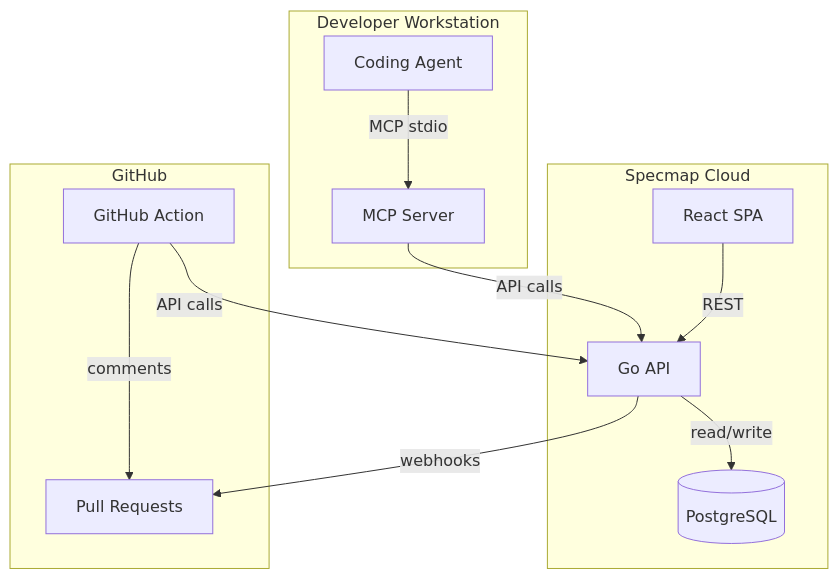
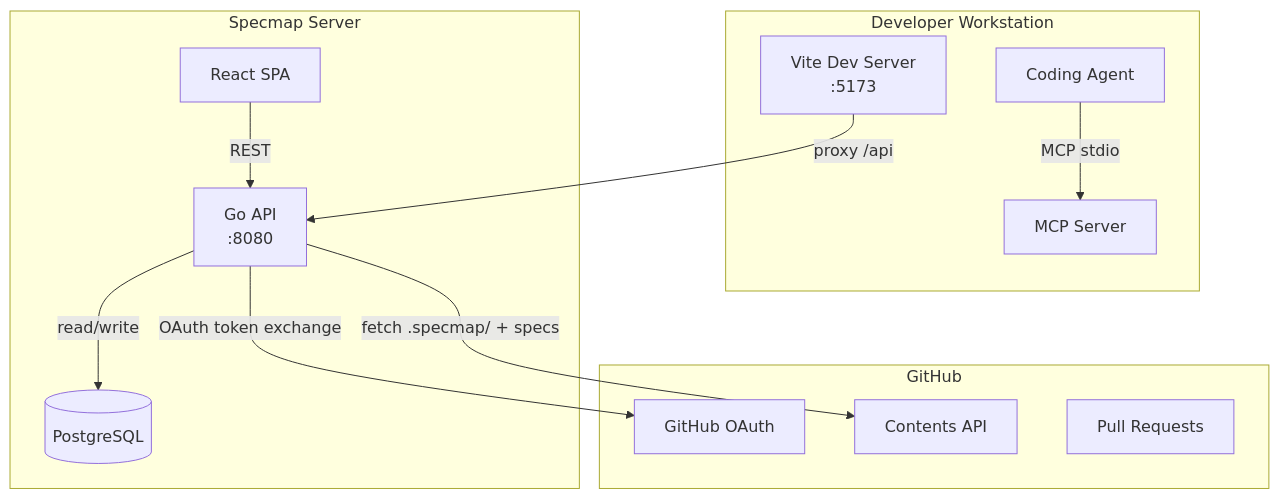
Before and after one commit to jdraines/specmap: the second of 2 diagrams in docs/concepts/architecture.md, drawn with Mermaid. The commit also changed other lines of this file and 71 other files, not shown here.

````diff
--- a/docs/concepts/architecture.md
+++ b/docs/concepts/architecture.md
@@ -68,26 +68,27 @@
 ```mermaid
 graph TB
     subgraph "Developer Workstation"
         Agent[Coding Agent]
         MCP[MCP Server]
+        Vite[Vite Dev Server<br/>:5173]
     end
 
-    subgraph "Specmap Cloud"
+    subgraph "Specmap Server"
         Web[React SPA]
-        API[Go API]
+        API[Go API<br/>:8080]
         DB[(PostgreSQL)]
     end
 
     subgraph "GitHub"
-        GHA[GitHub Action]
+        OAuth[GitHub OAuth]
+        Contents[Contents API]
         PR[Pull Requests]
     end
 
     Agent -->|MCP stdio| MCP
-    MCP -->|API calls| API
+    Vite -->|proxy /api| API
     Web -->|REST| API
     API -->|read/write| DB
-    GHA -->|API calls| API
-    GHA -->|comments| PR
-    API -->|webhooks| PR
+    API -->|OAuth token exchange| OAuth
+    API -->|fetch .specmap/ + specs| Contents
 ```
````
